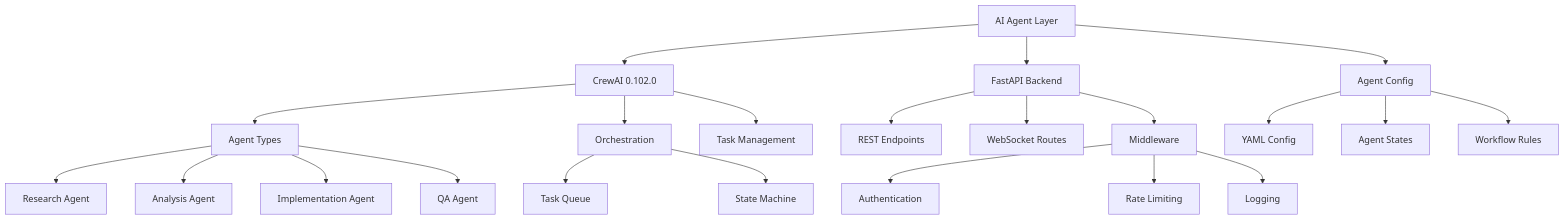
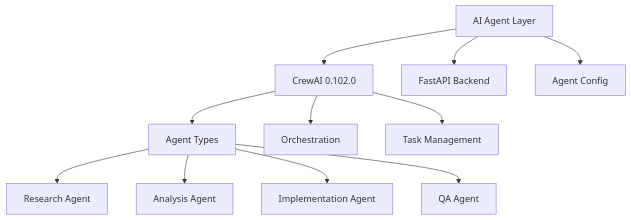
Before and after one commit to jihadajUAEU/bluemeshv2: the third of 7 diagrams in IMPLEMENTATION.md, drawn with Mermaid. The commit also changed other lines of this file and 1 other file, not shown here.

Commit message:
Enhance README.md with detailed Integration Layer architecture, security features, and Keycloak configuration instructions

````diff
--- a/IMPLEMENTATION.md
+++ b/IMPLEMENTATION.md
@@ -82,30 +111,15 @@
 ```mermaid
 graph TD
     A[AI Agent Layer] --> B[CrewAI 0.102.0]
     A --> C[FastAPI Backend]
     A --> D[Agent Config]
     
     B --> E[Agent Types]
     B --> F[Orchestration]
     B --> G[Task Management]
     
     E --> H[Research Agent]
     E --> I[Analysis Agent]
     E --> J[Implementation Agent]
     E --> K[QA Agent]
-    
-    C --> L[REST Endpoints]
-    C --> M[WebSocket Routes]
-    C --> N[Middleware]
-    
-    D --> O[YAML Config]
-    D --> P[Agent States]
-    D --> Q[Workflow Rules]
-    
-    F --> R[Task Queue]
-    F --> S[State Machine]
-    
-    N --> T[Authentication]
-    N --> U[Rate Limiting]
-    N --> V[Logging]
 ```
````
